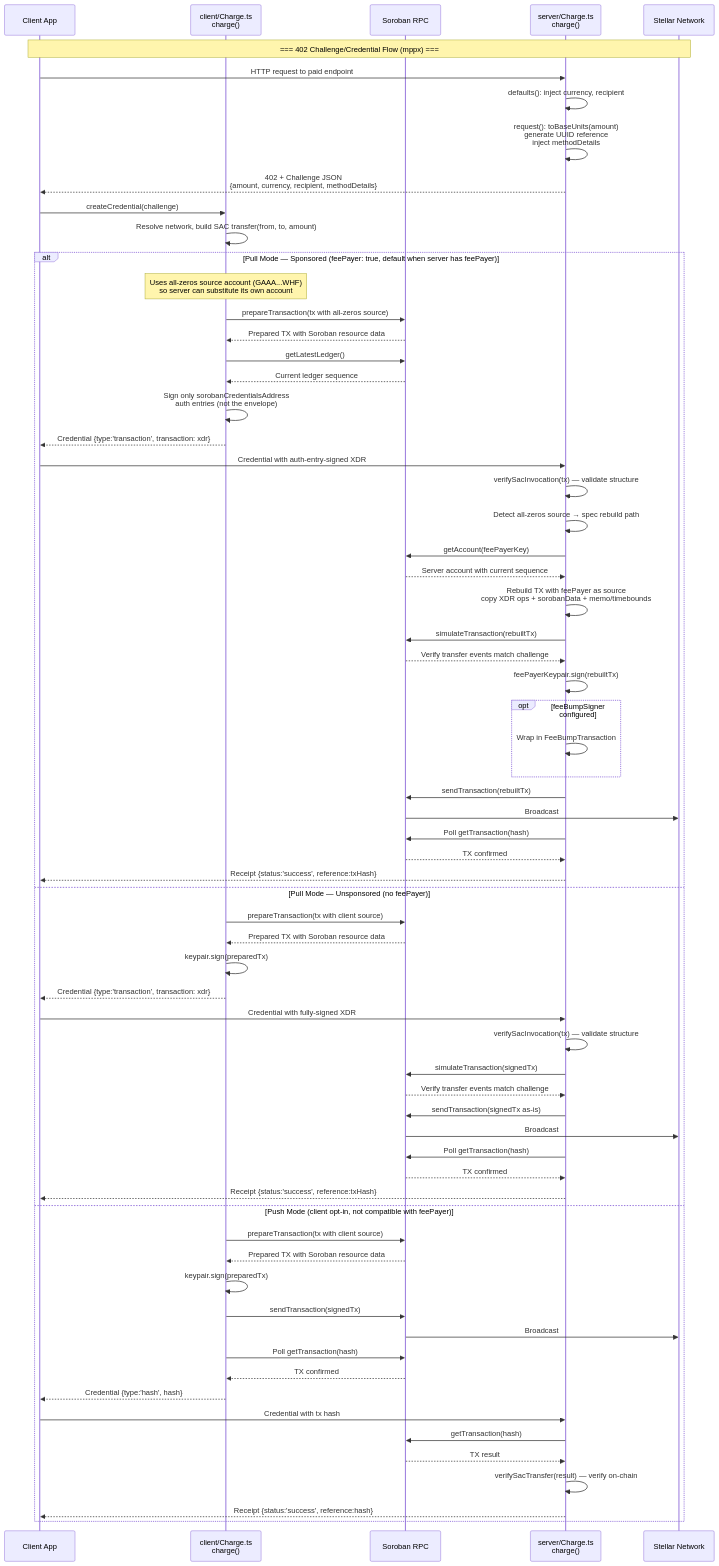
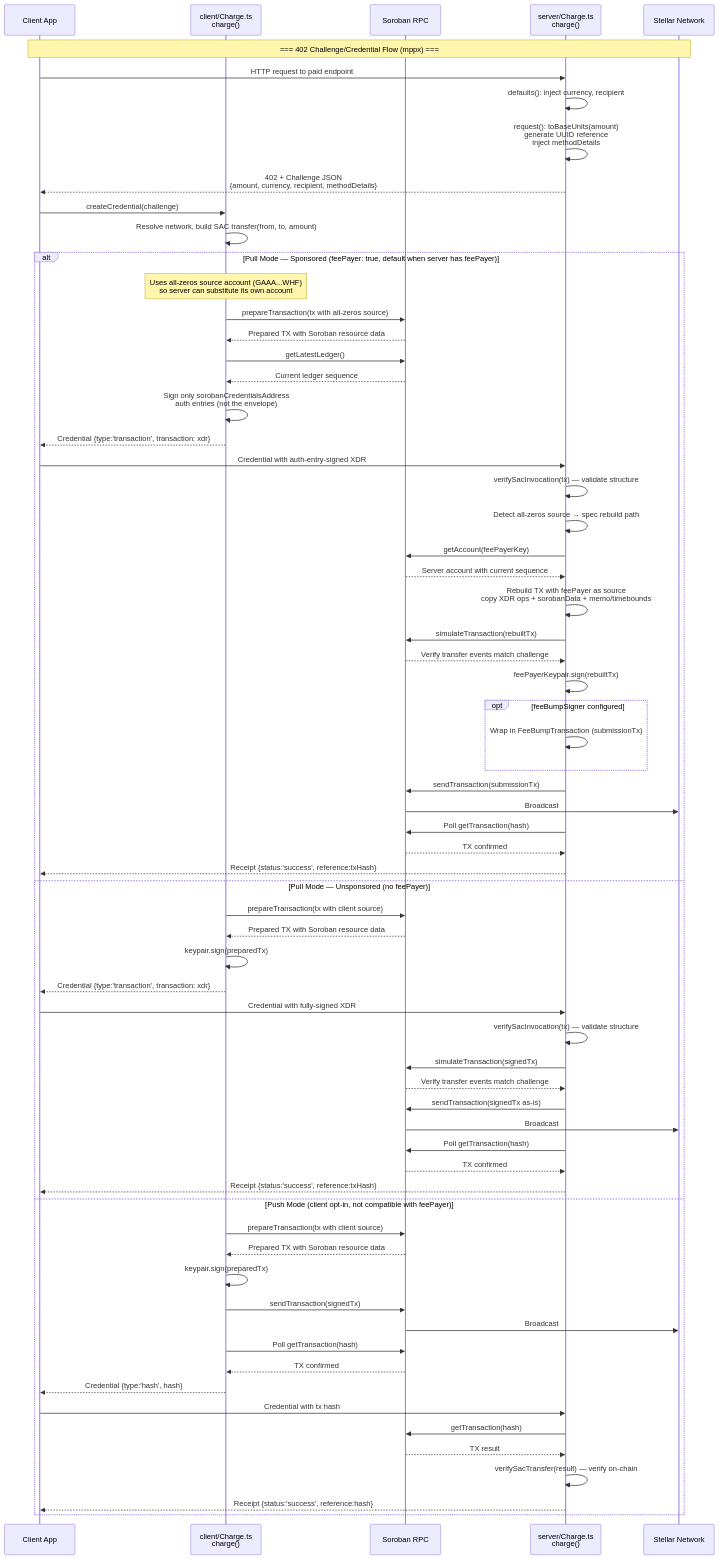
The diagram in diagrams/charge-flow.md (stellar-experimental/stellar-mpp-sdk), drawn with Mermaid before and after one commit.

Commit message:
clarify submitted tx label after fee bump wrapping

````diff
--- a/diagrams/charge-flow.md
+++ b/diagrams/charge-flow.md
@@ -5,73 +5,73 @@
 ```mermaid
 sequenceDiagram
     participant App as Client App
     participant CC as client/Charge.ts<br/>charge()
     participant RPC as Soroban RPC
     participant SC as server/Charge.ts<br/>charge()
     participant Chain as Stellar Network
 
     Note over App,Chain: === 402 Challenge/Credential Flow (mppx) ===
 
     App->>SC: HTTP request to paid endpoint
     SC->>SC: defaults(): inject currency, recipient
     SC->>SC: request(): toBaseUnits(amount)<br/>generate UUID reference<br/>inject methodDetails
     SC-->>App: 402 + Challenge JSON<br/>{amount, currency, recipient, methodDetails}
 
     App->>CC: createCredential(challenge)
     CC->>CC: Resolve network, build SAC transfer(from, to, amount)
 
     alt Pull Mode — Sponsored (feePayer: true, default when server has feePayer)
         Note over CC: Uses all-zeros source account (GAAA...WHF)<br/>so server can substitute its own account
         CC->>RPC: prepareTransaction(tx with all-zeros source)
         RPC-->>CC: Prepared TX with Soroban resource data
         CC->>RPC: getLatestLedger()
         RPC-->>CC: Current ledger sequence
         CC->>CC: Sign only sorobanCredentialsAddress<br/>auth entries (not the envelope)
         CC-->>App: Credential {type:'transaction', transaction: xdr}
         App->>SC: Credential with auth-entry-signed XDR
         SC->>SC: verifySacInvocation(tx) — validate structure
         SC->>SC: Detect all-zeros source → spec rebuild path
         SC->>RPC: getAccount(feePayerKey)
         RPC-->>SC: Server account with current sequence
         SC->>SC: Rebuild TX with feePayer as source<br/>copy XDR ops + sorobanData + memo/timebounds
         SC->>RPC: simulateTransaction(rebuiltTx)
         RPC-->>SC: Verify transfer events match challenge
         SC->>SC: feePayerKeypair.sign(rebuiltTx)
         opt feeBumpSigner configured
-            SC->>SC: Wrap in FeeBumpTransaction
+            SC->>SC: Wrap in FeeBumpTransaction (submissionTx)
         end
-        SC->>RPC: sendTransaction(rebuiltTx)
+        SC->>RPC: sendTransaction(submissionTx)
         RPC->>Chain: Broadcast
         SC->>RPC: Poll getTransaction(hash)
         RPC-->>SC: TX confirmed
         SC-->>App: Receipt {status:'success', reference:txHash}
     else Pull Mode — Unsponsored (no feePayer)
         CC->>RPC: prepareTransaction(tx with client source)
         RPC-->>CC: Prepared TX with Soroban resource data
         CC->>CC: keypair.sign(preparedTx)
         CC-->>App: Credential {type:'transaction', transaction: xdr}
         App->>SC: Credential with fully-signed XDR
         SC->>SC: verifySacInvocation(tx) — validate structure
         SC->>RPC: simulateTransaction(signedTx)
         RPC-->>SC: Verify transfer events match challenge
         SC->>RPC: sendTransaction(signedTx as-is)
         RPC->>Chain: Broadcast
         SC->>RPC: Poll getTransaction(hash)
         RPC-->>SC: TX confirmed
         SC-->>App: Receipt {status:'success', reference:txHash}
     else Push Mode (client opt-in, not compatible with feePayer)
         CC->>RPC: prepareTransaction(tx with client source)
         RPC-->>CC: Prepared TX with Soroban resource data
         CC->>CC: keypair.sign(preparedTx)
         CC->>RPC: sendTransaction(signedTx)
         RPC->>Chain: Broadcast
         CC->>RPC: Poll getTransaction(hash)
         RPC-->>CC: TX confirmed
         CC-->>App: Credential {type:'hash', hash}
         App->>SC: Credential with tx hash
         SC->>RPC: getTransaction(hash)
         RPC-->>SC: TX result
         SC->>SC: verifySacTransfer(result) — verify on-chain
         SC-->>App: Receipt {status:'success', reference:hash}
     end
 ```
````
